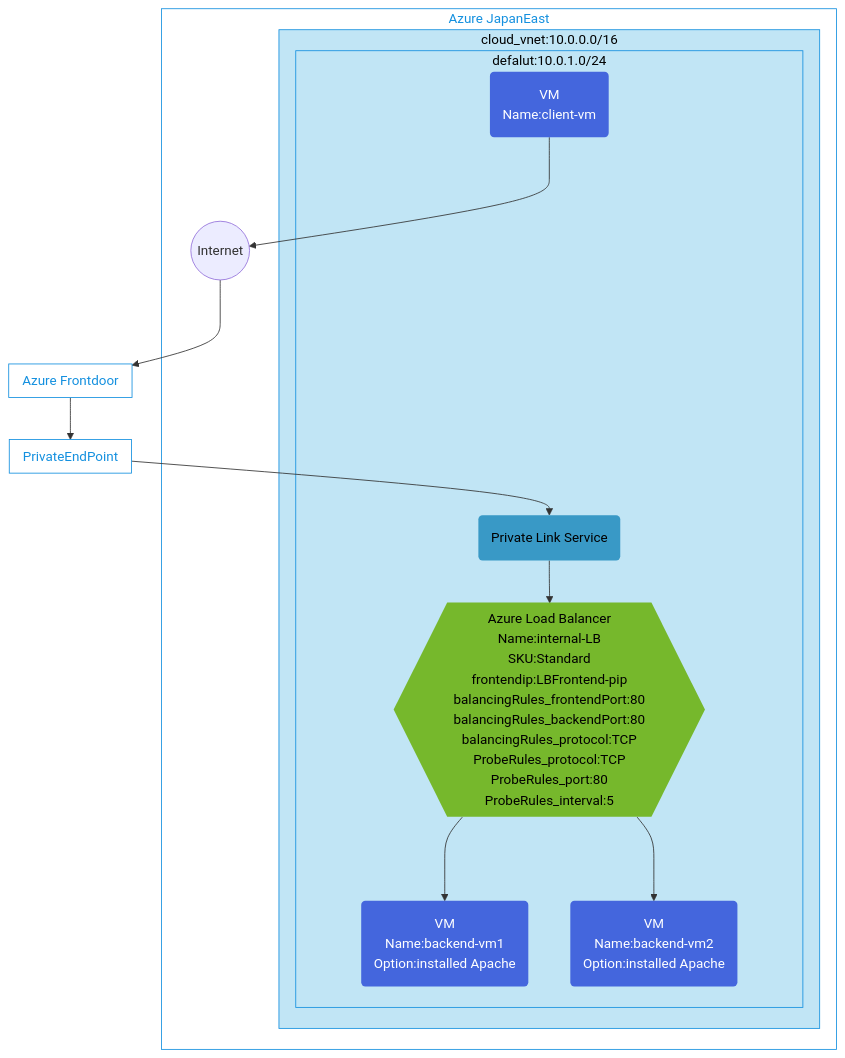
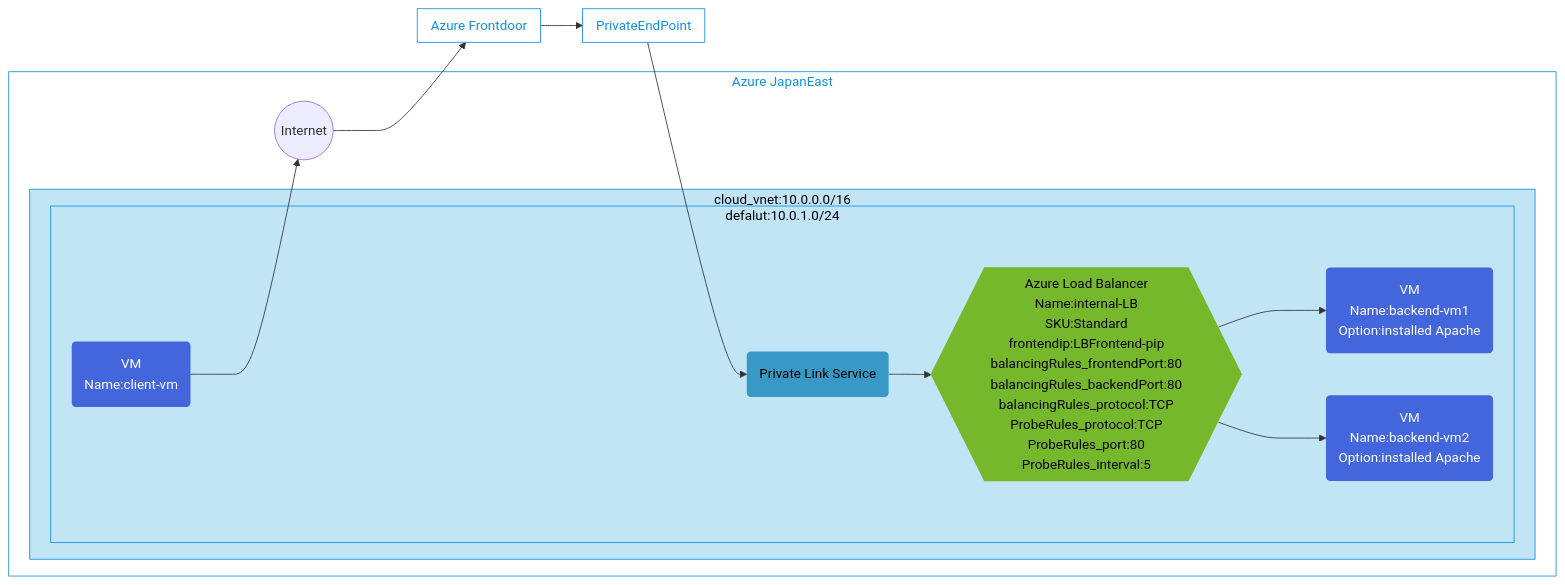
One commit to toizumi03/bicep-templates changed the diagram in afd-pls-lb-wevserver-env/README.md. Above: the diagram before and after it, drawn with Mermaid.

````diff
--- a/afd-pls-lb-wevserver-env/README.md
+++ b/afd-pls-lb-wevserver-env/README.md
@@ -3,47 +3,47 @@
 ```mermaid
-graph TB;
+graph LR;
 %% Groups and Services
 subgraph GR1[Azure JapanEast]
     IT((Internet))
   subgraph GV1[cloud_vnet:10.0.0.0/16]
       subgraph GVS2[defalut:10.0.1.0/24]
         CP1("VM<br/>Name:client-vm")
         PLS("Private Link Service")
         ALB{{"Azure Load Balancer<br/>Name:internal-LB<br/>SKU:Standard<br/>frontendip:LBFrontend-pip<br/>balancingRules_frontendPort:80<br/>balancingRules_backendPort:80<br/>balancingRules_protocol:TCP<br/>ProbeRules_protocol:TCP<br/>ProbeRules_port:80<br/>ProbeRules_interval:5"}}
         CP2("VM<br/>Name:backend-vm1<br/>Option:installed Apache")
         CP3("VM<br/>Name:backend-vm2<br/>Option:installed Apache")
       end
 end
 end
 subgraph GR2 [Azure Frontdoor]
 end
 subgraph GR3 [PrivateEndPoint]
 end
 
 
 %% Relation for resources
 CP1 ---> IT ---> GR2 --> GR3 --> PLS --> ALB
 ALB ---> CP2
 ALB ---> CP3
 
 %% Groups style
 classDef GSR fill:#fff,color:#1490df,stroke:#1490df
 class GR1,GR2,GR3 GSR
 
 classDef SGV1 fill:#c1e5f5,color:#000,stroke:#1490df
 class GV1,GV2,GVS1,GVS2,GVS3,GVS4 SGV1
  
 %% Service Style
 classDef SCP fill:#4466dd,color:#fff,stroke:none
 class CP1,CP2,CP3 SCP
 
 classDef SVPPLS fill:#3999c6,color:#000,stroke:none
 class PLS SVPPLS
 
 classDef SVPALB fill:#76b82c,color:#000,stroke:none
 class ALB SVPALB
 
 classDef SLNGW fill:#70b126,color:#fff,stroke:none
 class LNGW1,LNGW2 SLNGW
 
 ```
````
